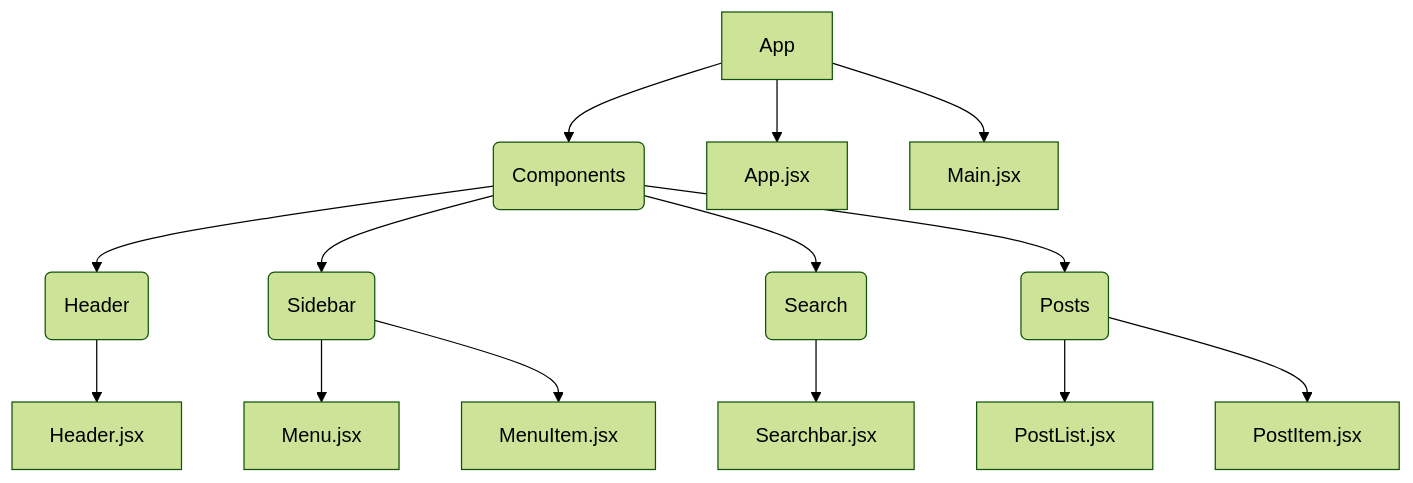
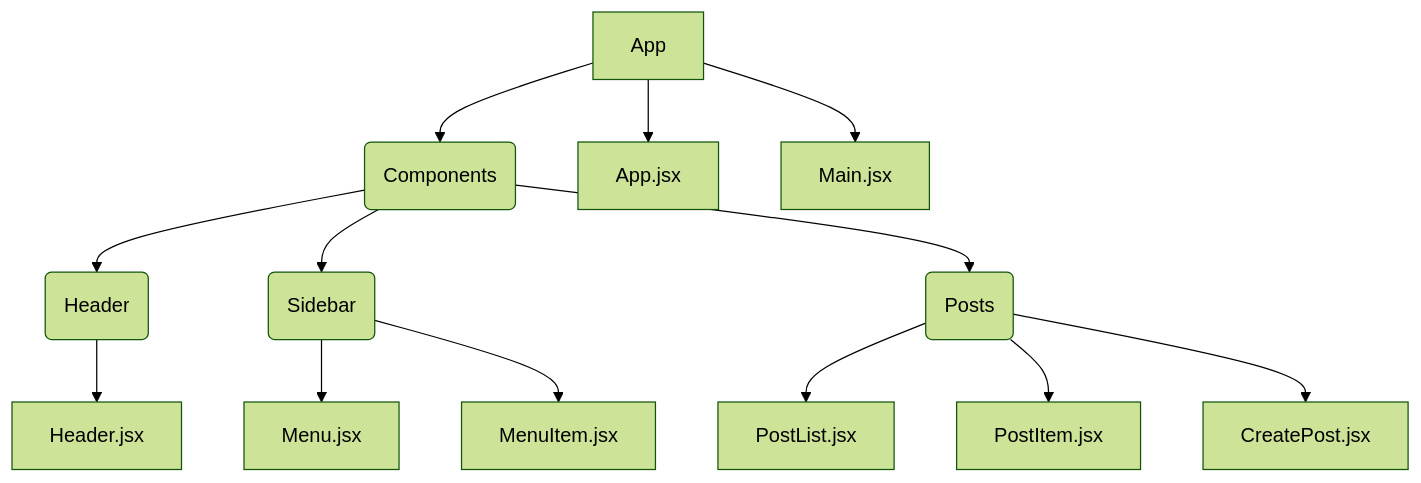
One commit to shyye/react-cohort-dashboard-challenge changed the diagram in README.md. Above: the diagram before and after it, drawn with Mermaid (forest theme).

Commit message:
Update Diagram

````diff
--- a/README.md
+++ b/README.md
@@ -5,16 +5,15 @@
 ```mermaid
 flowchart TD
     A[App] --> Components(Components)
     A --> App.jsx
     A --> Main.jsx
     Components --> Header(Header)
     Header --> Header.jsx
     Components --> Sidebar(Sidebar)
     Sidebar --> Menu.jsx
     Sidebar --> MenuItem.jsx
-    Components --> Search(Search)
-    Search --> Searchbar.jsx
     Components --> Posts(Posts)
     Posts --> PostList.jsx
     Posts --> PostItem.jsx
+    Posts --> CreatePost.jsx
 ```
````
